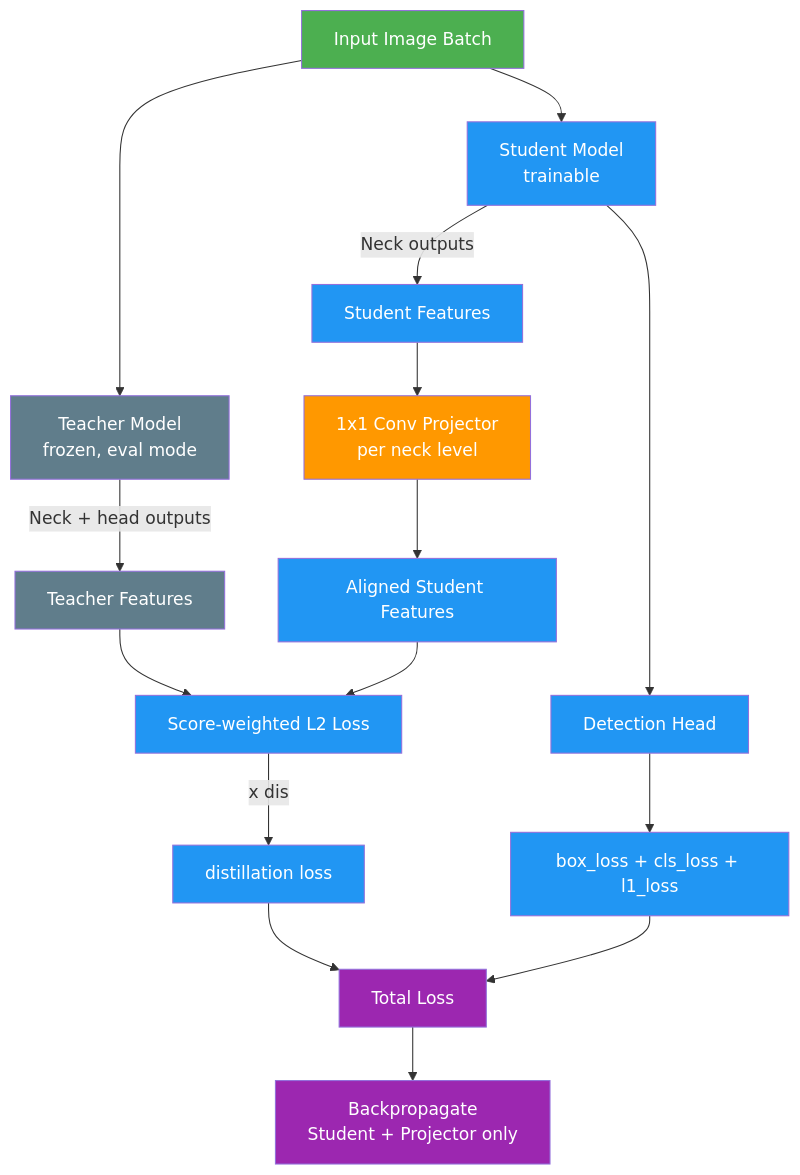
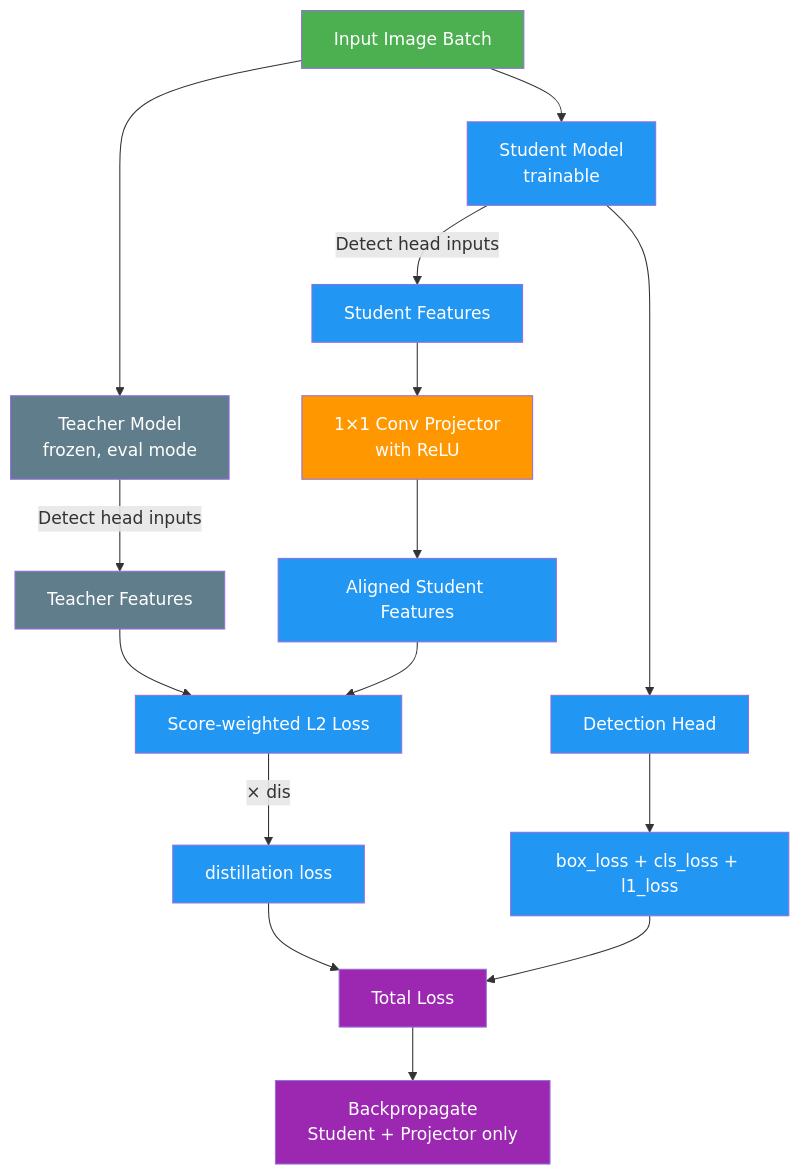
Before and after one commit to ultralytics/ultralytics: the diagram in docs/en/guides/knowledge-distillation.md, drawn with Mermaid. The commit also changed other lines of this file and 3 other files, not shown here.

````diff
--- a/docs/en/guides/knowledge-distillation.md
+++ b/docs/en/guides/knowledge-distillation.md
@@ -265,29 +96,29 @@
 ```mermaid
 flowchart TD
     A[Input Image Batch]:::start --> T[Teacher Model<br/>frozen, eval mode]:::extern
     A --> S[Student Model<br/>trainable]:::proc
 
-    T --> |Neck + head outputs| TF[Teacher Features]:::extern
-    S --> |Neck outputs| SF[Student Features]:::proc
+    T --> |Detect head inputs| TF[Teacher Features]:::extern
+    S --> |Detect head inputs| SF[Student Features]:::proc
 
-    SF --> P[1x1 Conv Projector<br/>per neck level]:::decide
+    SF --> P[1×1 Conv Projector<br/>with ReLU]:::decide
     P --> AF[Aligned Student Features]:::proc
 
     TF --> SW[Score-weighted L2 Loss]:::proc
     AF --> SW
 
     S --> D[Detection Head]:::proc
     D --> DL[box_loss + cls_loss + l1_loss]:::proc
 
-    SW --> |x dis| DIS[distillation loss]:::proc
+    SW --> |× dis| DIS[distillation loss]:::proc
     DL --> TOTAL[Total Loss]:::out
     DIS --> TOTAL
 
     TOTAL --> BP[Backpropagate<br/>Student + Projector only]:::out
 
     classDef start fill:#4CAF50,color:#fff
     classDef proc fill:#2196F3,color:#fff
     classDef decide fill:#FF9800,color:#fff
     classDef out fill:#9C27B0,color:#fff
     classDef extern fill:#607D8B,color:#fff
 ```
````
